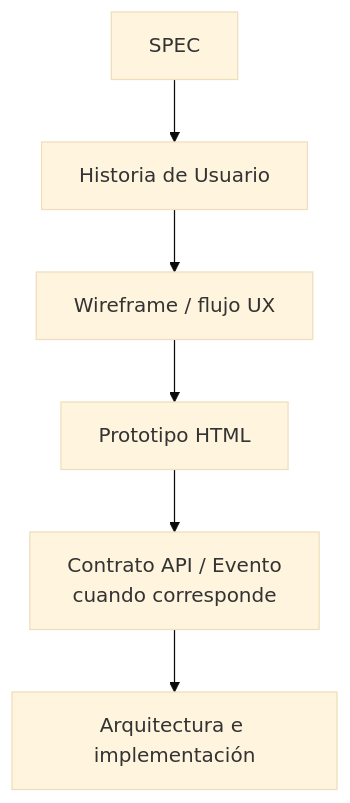
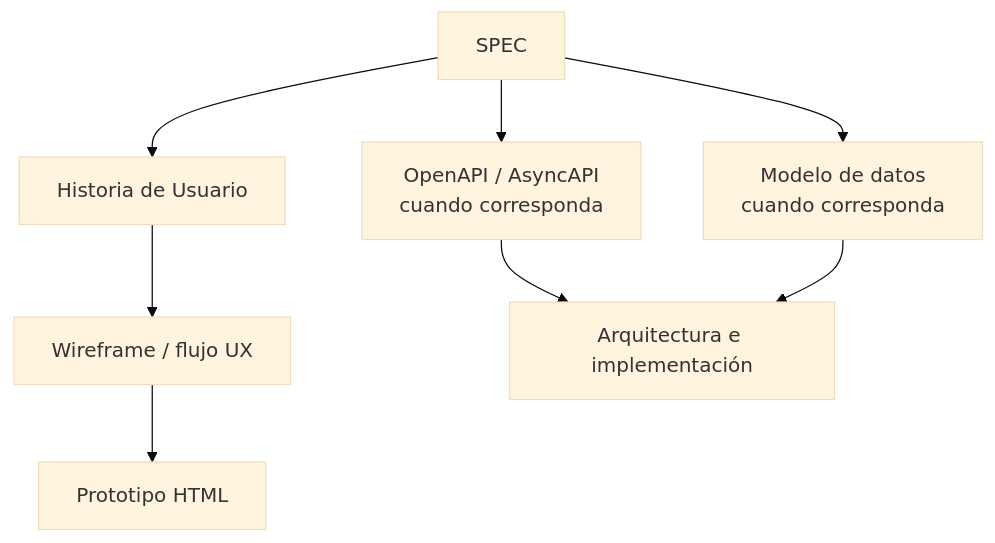
Before and after one commit to Taller-SW-Web/G6-Productos-Ofertas-docs: the first of 6 diagrams in README.md, drawn with Mermaid (base theme). The commit also changed other lines of this file and 11 other files, not shown here.

````diff
--- a/README.md
+++ b/README.md
@@ -36,8 +36,11 @@
 ```mermaid
 flowchart TD
     SPEC["SPEC"] --> HU["Historia de Usuario"]
     HU --> WF["Wireframe / flujo UX"]
     WF --> HTML["Prototipo HTML"]
-    HTML --> API["Contrato API / Evento<br/>cuando corresponde"]
+
+    SPEC --> API["OpenAPI / AsyncAPI<br/>cuando corresponda"]
+    SPEC --> MODEL["Modelo de datos<br/>cuando corresponda"]
     API --> ARQ["Arquitectura e implementación"]
+    MODEL --> ARQ
 ```
````
